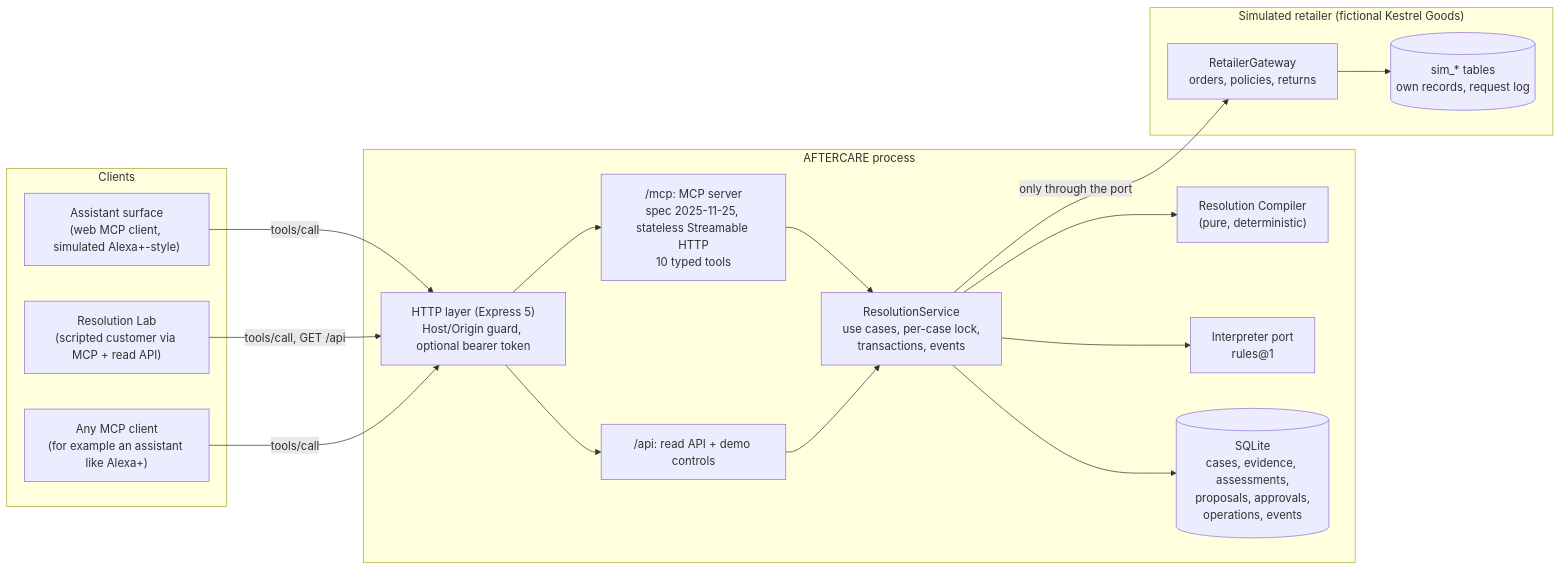
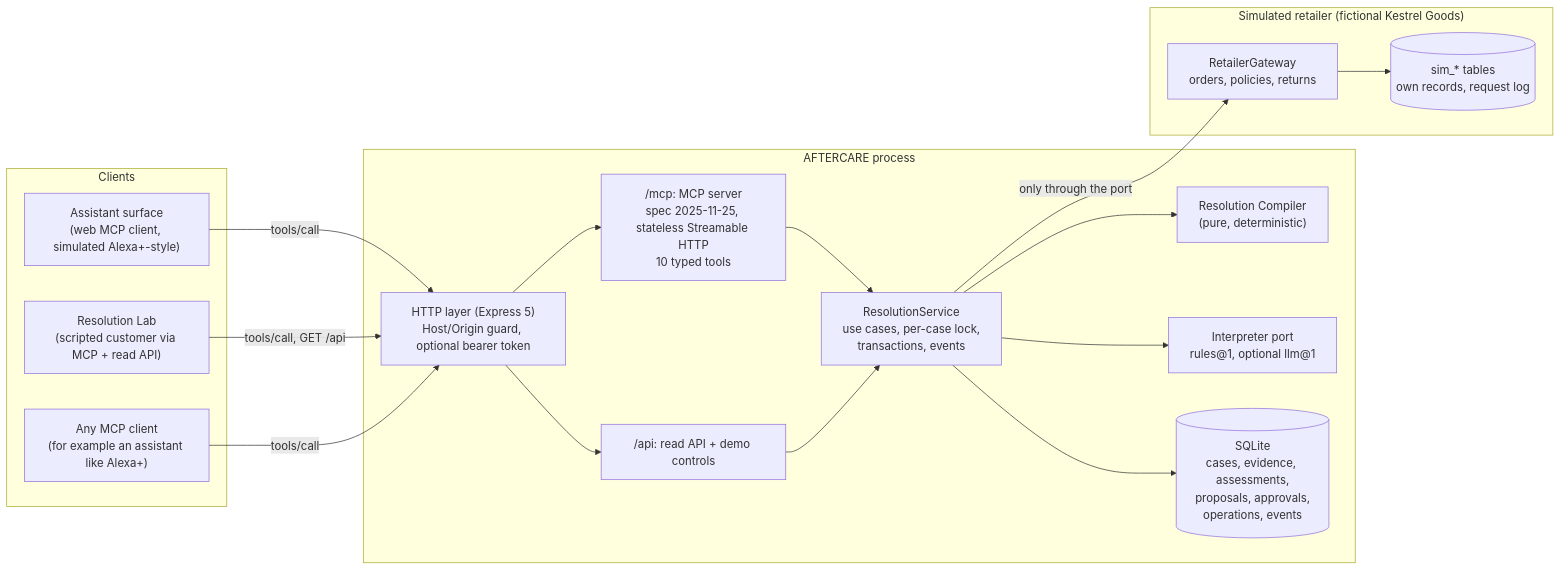
One commit to hudasol/aftercare-amazon-developer changed the first of 2 diagrams in docs/ARCHITECTURE.md. Above: the diagram before and after it, drawn with Mermaid. The commit also changed other lines of this file and 1 other file, not shown here.

First line of the commit message:
Document the optional model interpreter in the README and architecture

````diff
--- a/docs/ARCHITECTURE.md
+++ b/docs/ARCHITECTURE.md
@@ -7,35 +7,35 @@
 ```mermaid
 flowchart LR
   subgraph Clients
     A["Assistant surface<br/>(web MCP client, simulated Alexa+-style)"]
     L["Resolution Lab<br/>(scripted customer via MCP + read API)"]
     X["Any MCP client<br/>(for example an assistant like Alexa+)"]
   end
 
   subgraph AFTERCARE["AFTERCARE process"]
     H["HTTP layer (Express 5)<br/>Host/Origin guard, optional bearer token"]
     M["/mcp: MCP server<br/>spec 2025-11-25, stateless Streamable HTTP<br/>10 typed tools"]
     R["/api: read API + demo controls"]
     S["ResolutionService<br/>use cases, per-case lock,<br/>transactions, events"]
     C["Resolution Compiler<br/>(pure, deterministic)"]
-    I["Interpreter port<br/>rules@1"]
+    I["Interpreter port<br/>rules@1, optional llm@1"]
     DB[("SQLite<br/>cases, evidence, assessments,<br/>proposals, approvals,<br/>operations, events")]
   end
 
   subgraph Sim["Simulated retailer (fictional Kestrel Goods)"]
     G["RetailerGateway<br/>orders, policies, returns"]
     SDB[("sim_* tables<br/>own records, request log")]
   end
 
   A -- "tools/call" --> H
   L -- "tools/call, GET /api" --> H
   X -- "tools/call" --> H
   H --> M & R
   M --> S
   R --> S
   S --> C
   S --> I
   S --> DB
   S -- "only through the port" --> G
   G --> SDB
 ```
````
